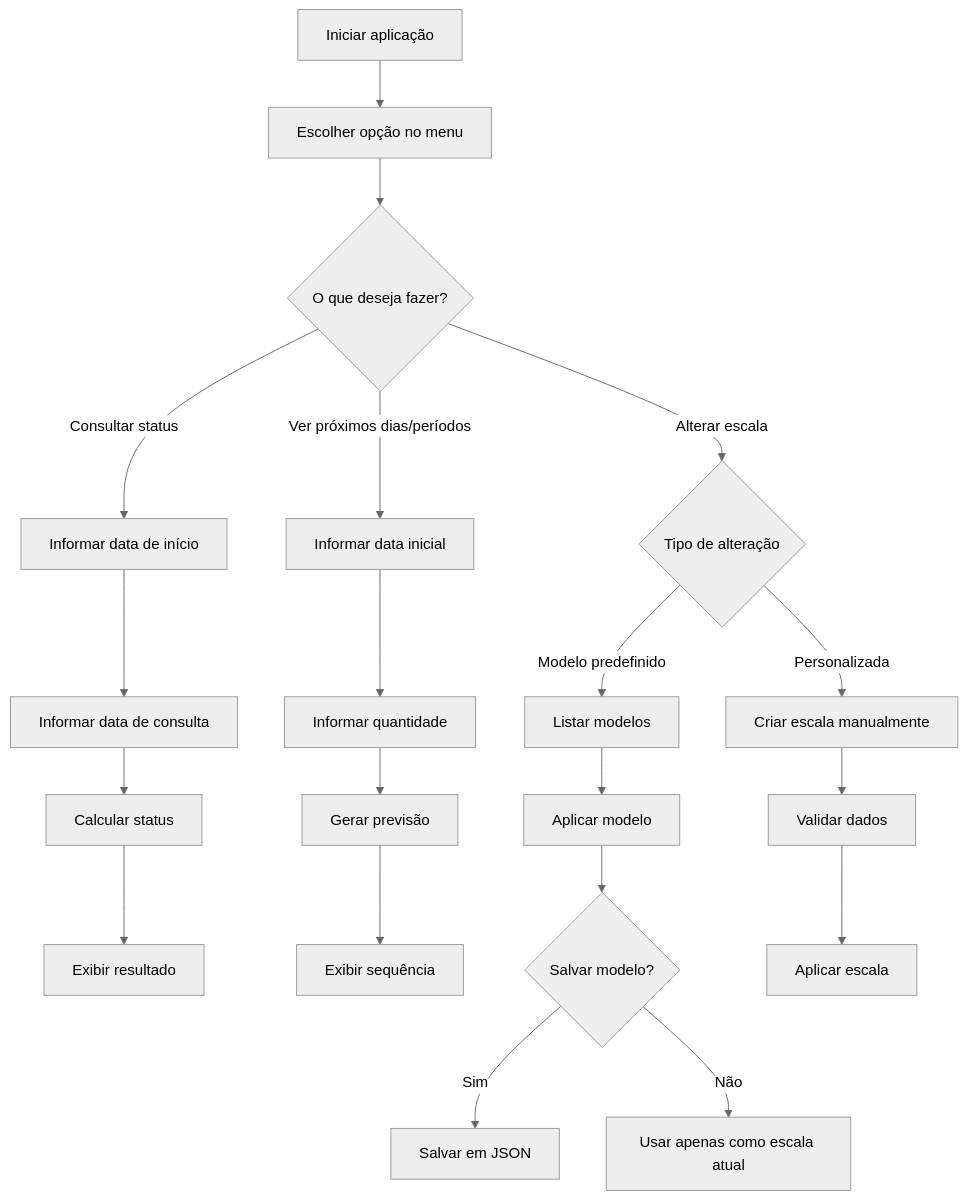
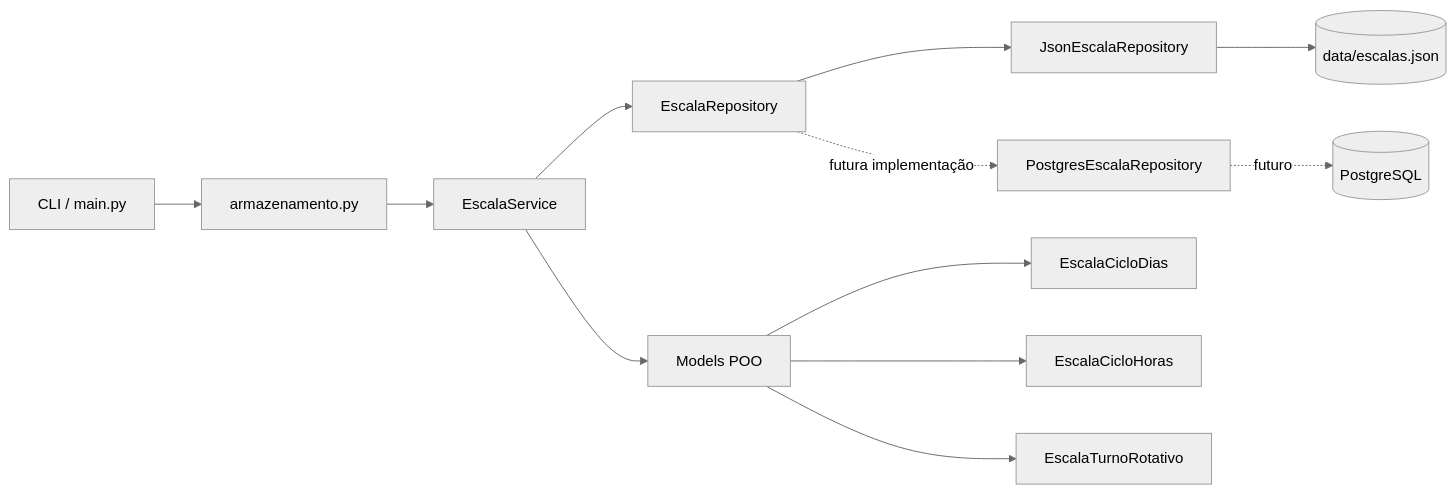
Before and after one commit to Dinox75/simulador-escala-trabalho: the third of 10 diagrams in README.md, drawn with Mermaid (neutral theme). The commit also changed other lines of this file, not shown here.

````diff
--- a/README.md
+++ b/README.md
@@ -154,26 +472,16 @@
 ```mermaid
-flowchart TD
-    A[Iniciar aplicação] --> B[Escolher opção no menu]
-    B --> C{O que deseja fazer?}
+flowchart LR
+    A[CLI / main.py] --> B[armazenamento.py]
+    B --> C[EscalaService]
+    C --> D[EscalaRepository]
+    D --> E[JsonEscalaRepository]
+    E --> F[(data/escalas.json)]
 
-    C -->|Consultar status| D[Informar data de início]
-    D --> E[Informar data de consulta]
-    E --> F[Calcular status]
-    F --> G[Exibir resultado]
+    C --> G[Models POO]
+    G --> H[EscalaCicloDias]
+    G --> I[EscalaCicloHoras]
+    G --> J[EscalaTurnoRotativo]
 
-    C -->|Ver próximos dias/períodos| H[Informar data inicial]
-    H --> I[Informar quantidade]
-    I --> J[Gerar previsão]
-    J --> K[Exibir sequência]
-
-    C -->|Alterar escala| L{Tipo de alteração}
-    L -->|Modelo predefinido| M[Listar modelos]
-    M --> N[Aplicar modelo]
-    N --> O{Salvar modelo?}
-    O -->|Sim| P[Salvar em JSON]
-    O -->|Não| Q[Usar apenas como escala atual]
-
-    L -->|Personalizada| R[Criar escala manualmente]
-    R --> S[Validar dados]
-    S --> T[Aplicar escala]
+    D -. futura implementação .-> K[PostgresEscalaRepository]
+    K -. futuro .-> L[(PostgreSQL)]
 ```
````
